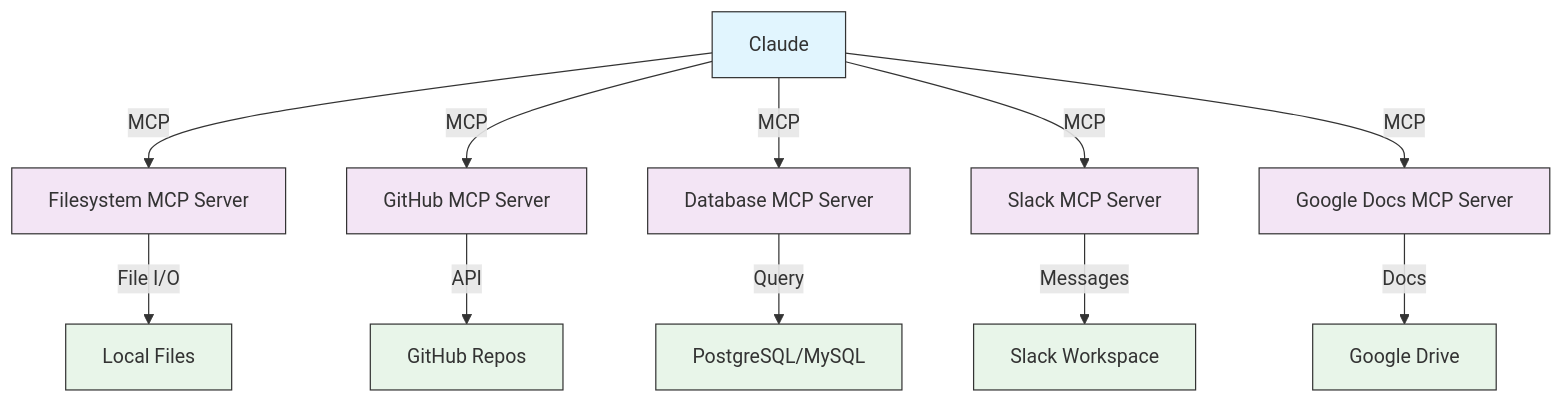
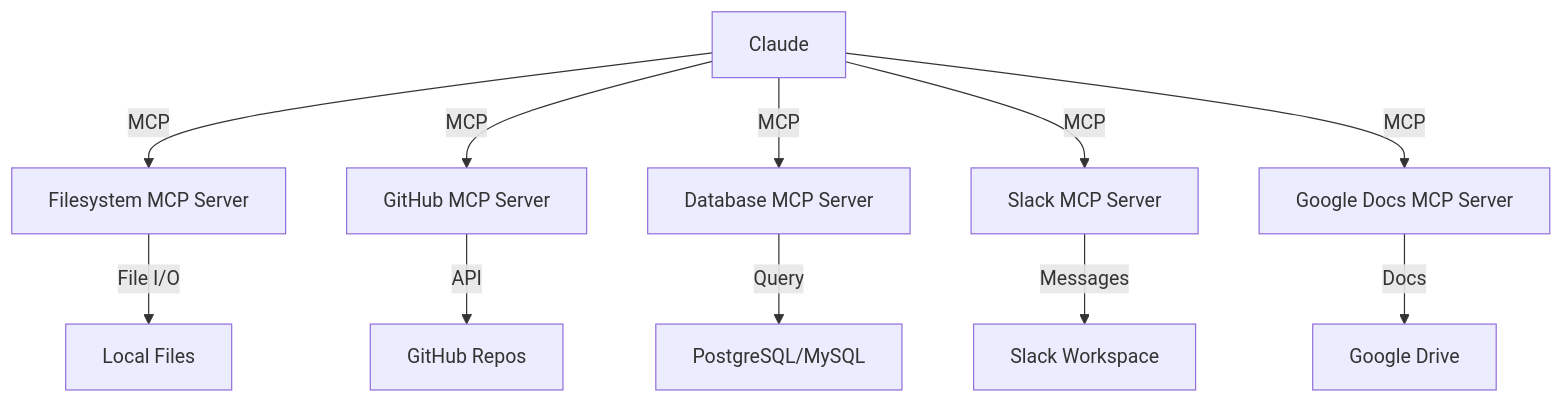
One commit to Rx782-Fss/claude-howto-zh changed the second of 7 diagrams in claude-howto-zh/05-mcp/README.md. Above: the diagram before and after it, drawn with Mermaid. The commit also changed other lines of this file and 9 other files, not shown here.

Commit message:
fix: 清除 Mermaid style 行(105处)和节点标签数字列表格式(17处)，修复 Obsidian/GitHub 'Unsupported markdown: list' 渲染错误

````diff
--- a/claude-howto-zh/05-mcp/README.md
+++ b/claude-howto-zh/05-mcp/README.md
@@ -46,26 +43,15 @@
 ```mermaid
 graph TB
     A["Claude"] -->|MCP| B["Filesystem MCP Server"]
     A -->|MCP| C["GitHub MCP Server"]
     A -->|MCP| D["Database MCP Server"]
     A -->|MCP| E["Slack MCP Server"]
     A -->|MCP| F["Google Docs MCP Server"]
 
     B -->|File I/O| G["Local Files"]
     C -->|API| H["GitHub Repos"]
     D -->|Query| I["PostgreSQL/MySQL"]
     E -->|Messages| J["Slack Workspace"]
     F -->|Docs| K["Google Drive"]
 
-    style A fill:#e1f5fe,stroke:#333,color:#333
-    style B fill:#f3e5f5,stroke:#333,color:#333
-    style C fill:#f3e5f5,stroke:#333,color:#333
-    style D fill:#f3e5f5,stroke:#333,color:#333
-    style E fill:#f3e5f5,stroke:#333,color:#333
-    style F fill:#f3e5f5,stroke:#333,color:#333
-    style G fill:#e8f5e9,stroke:#333,color:#333
-    style H fill:#e8f5e9,stroke:#333,color:#333
-    style I fill:#e8f5e9,stroke:#333,color:#333
-    style J fill:#e8f5e9,stroke:#333,color:#333
-    style K fill:#e8f5e9,stroke:#333,color:#333
 ```
````
